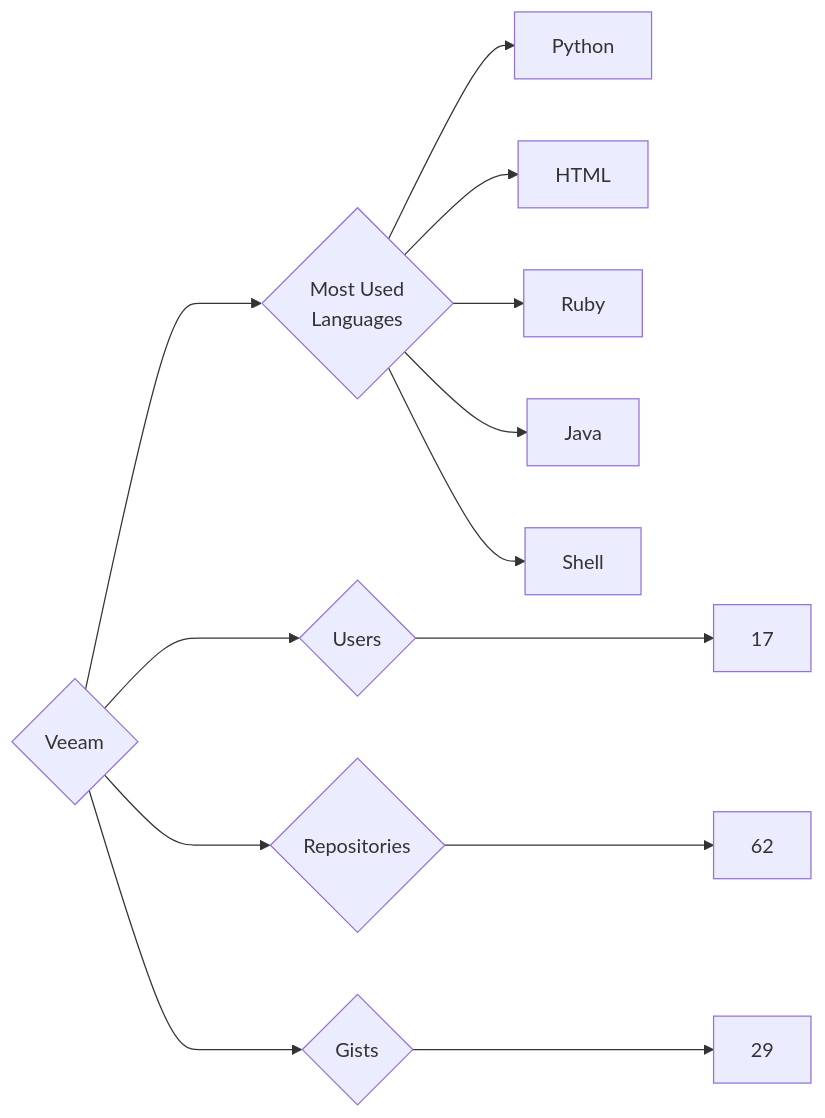
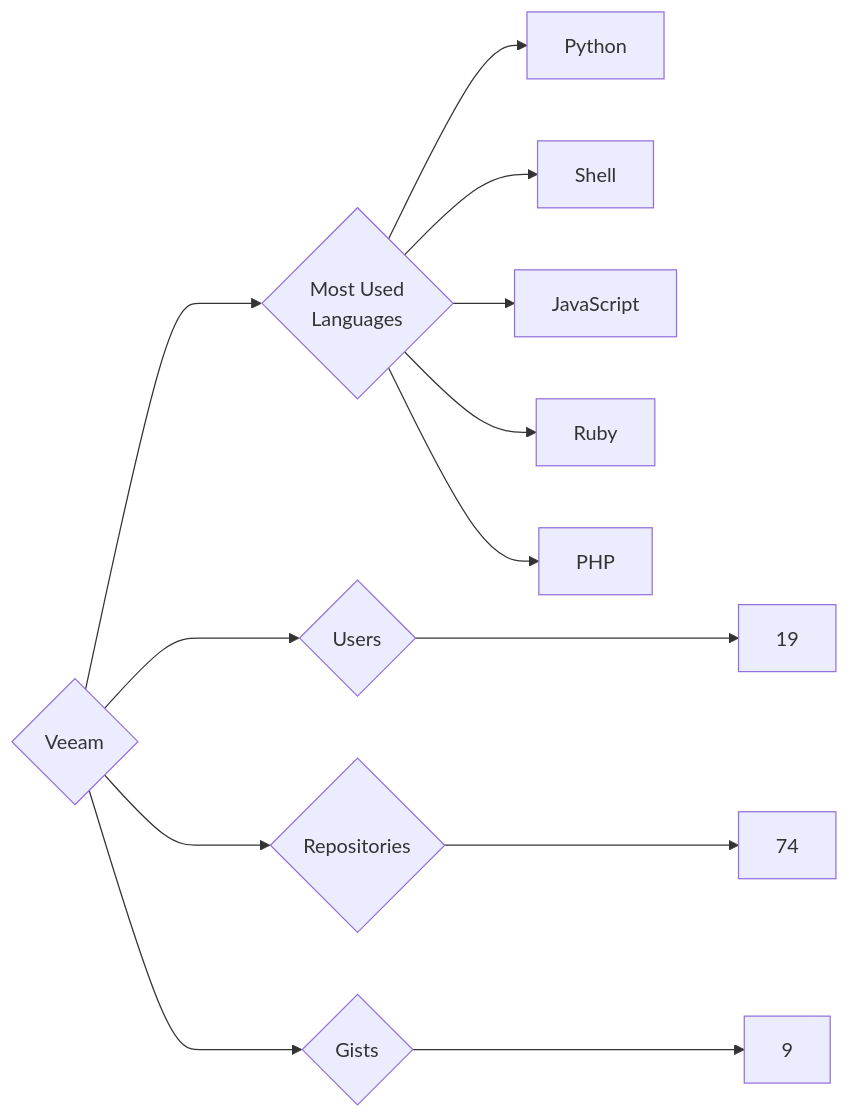
One commit to trickest/insiders changed the diagram in targets/Veeam/README.md. Above: the diagram before and after it, drawn with Mermaid. The commit also changed 928 other files, not shown here.

````diff
--- a/targets/Veeam/README.md
+++ b/targets/Veeam/README.md
@@ -3,13 +3,13 @@
 ```mermaid
 graph LR
 COMPANY_NAME{Veeam}
-COMPANY_NAME ---> U{Users} ---> UN[17]
-COMPANY_NAME ---> R{Repositories} ---> RN[62]
-COMPANY_NAME ---> G{Gists} ---> GN[29]
+COMPANY_NAME ---> U{Users} ---> UN[19]
+COMPANY_NAME ---> R{Repositories} ---> RN[74]
+COMPANY_NAME ---> G{Gists} ---> GN[9]
 COMPANY_NAME ---> ML{Most Used<br>Languages}
 ML --> Python[Python]
-ML --> HTML[HTML]
+ML --> Shell[Shell]
+ML --> JavaScript[JavaScript]
 ML --> Ruby[Ruby]
-ML --> Java[Java]
-ML --> Shell[Shell]
+ML --> PHP[PHP]
 ```
````
